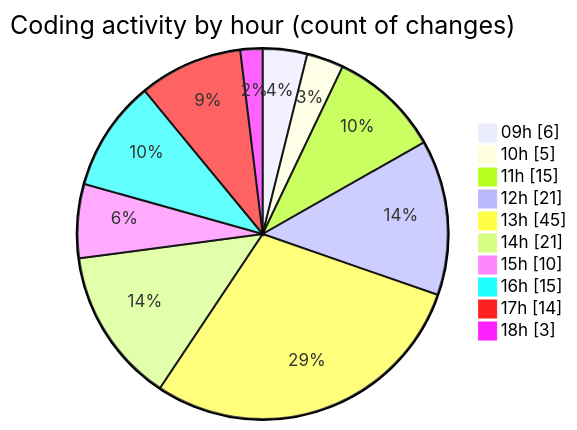
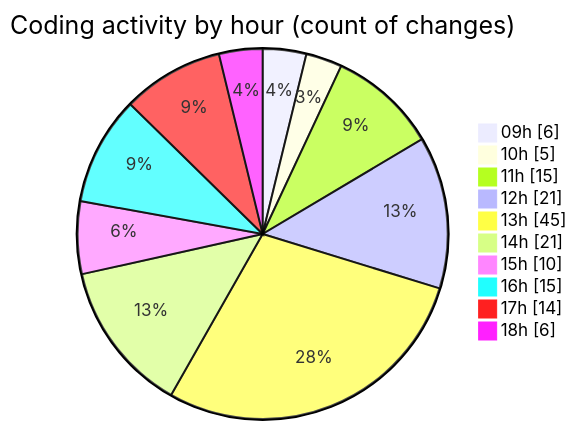
Before and after one commit to momahboobian/code-tracking: the second of 2 diagrams in 2025-10-02/cda/README.md, drawn with Mermaid. The commit also changed other lines of this file and 1 other file, not shown here.

````diff
--- a/2025-10-02/cda/README.md
+++ b/2025-10-02/cda/README.md
@@ -40,14 +40,14 @@
 ```mermaid
 pie showData
 title Coding activity by hour (count of changes)
 "09h" : 6
 "10h" : 5
 "11h" : 15
 "12h" : 21
 "13h" : 45
 "14h" : 21
 "15h" : 10
 "16h" : 15
 "17h" : 14
-"18h" : 3
+"18h" : 6
 ```
````
